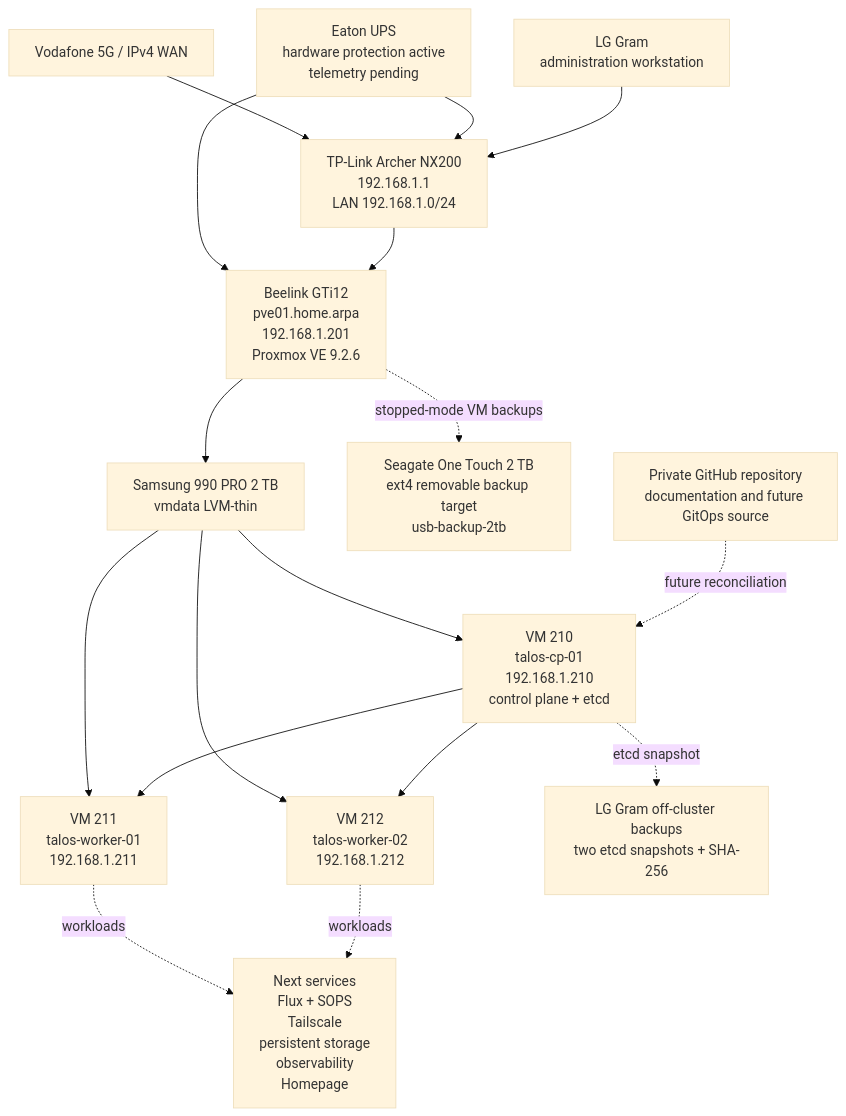
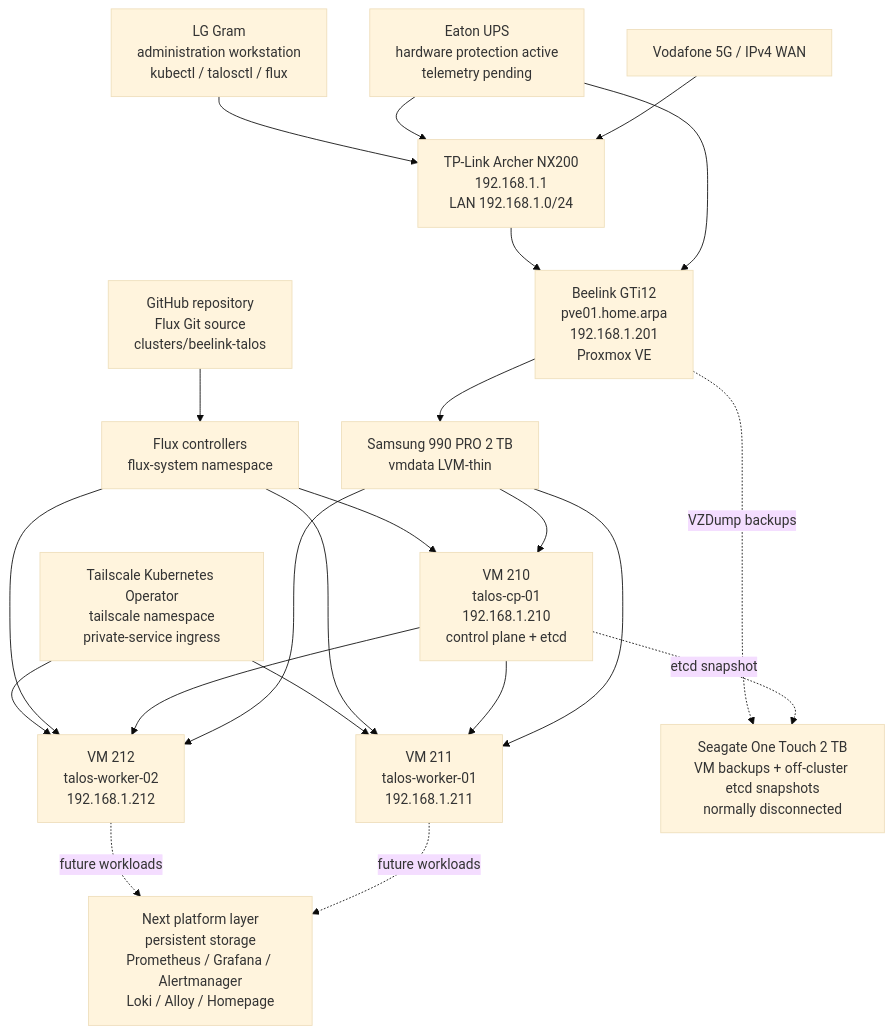
Before and after one commit to dgsuma/dgs-private-cloud: the diagram in README.md, drawn with Mermaid (base theme). The commit also changed other lines of this file and 10 other files, not shown here.

Commit message:
docs(platform): record Flux and Tailscale completion

````diff
--- a/README.md
+++ b/README.md
@@ -42,33 +44,39 @@
 ```mermaid
 flowchart TB
     Internet["Vodafone 5G / IPv4 WAN"]
     UPS["Eaton UPS<br/>hardware protection active<br/>telemetry pending"]
     Router["TP-Link Archer NX200<br/>192.168.1.1<br/>LAN 192.168.1.0/24"]
-    Admin["LG Gram<br/>administration workstation"]
-    PVE["Beelink GTi12<br/>pve01.home.arpa<br/>192.168.1.201<br/>Proxmox VE 9.2.6"]
+    Admin["LG Gram<br/>administration workstation<br/>kubectl / talosctl / flux"]
+    PVE["Beelink GTi12<br/>pve01.home.arpa<br/>192.168.1.201<br/>Proxmox VE"]
     Storage["Samsung 990 PRO 2 TB<br/>vmdata LVM-thin"]
     CP["VM 210<br/>talos-cp-01<br/>192.168.1.210<br/>control plane + etcd"]
     W1["VM 211<br/>talos-worker-01<br/>192.168.1.211"]
     W2["VM 212<br/>talos-worker-02<br/>192.168.1.212"]
-    USB["Seagate One Touch 2 TB<br/>ext4 removable backup target<br/>usb-backup-2tb"]
-    Etcd["LG Gram off-cluster backups<br/>two etcd snapshots + SHA-256"]
-    Git["Private GitHub repository<br/>documentation and future GitOps source"]
-    Future["Next services<br/>Flux + SOPS<br/>Tailscale<br/>persistent storage<br/>observability<br/>Homepage"]
+    Git["GitHub repository<br/>Flux Git source<br/>clusters/beelink-talos"]
+    Flux["Flux controllers<br/>flux-system namespace"]
+    TS["Tailscale Kubernetes Operator<br/>tailscale namespace<br/>private-service ingress"]
+    Backup["Seagate One Touch 2 TB<br/>VM backups + off-cluster etcd snapshots<br/>normally disconnected"]
+    Next["Next platform layer<br/>persistent storage<br/>Prometheus / Grafana / Alertmanager<br/>Loki / Alloy / Homepage"]
 
     Internet --> Router
     UPS --> Router
     UPS --> PVE
     Admin --> Router
     Router --> PVE
     PVE --> Storage
     Storage --> CP
     Storage --> W1
     Storage --> W2
     CP --> W1
     CP --> W2
-    CP -. etcd snapshot .-> Etcd
-    PVE -. stopped-mode VM backups .-> USB
-    Git -. future reconciliation .-> CP
-    W1 -. workloads .-> Future
-    W2 -. workloads .-> Future
+    Git --> Flux
+    Flux --> CP
+    Flux --> W1
+    Flux --> W2
+    TS --> W1
+    TS --> W2
+    CP -. etcd snapshot .-> Backup
+    PVE -. VZDump backups .-> Backup
+    W1 -. future workloads .-> Next
+    W2 -. future workloads .-> Next
 ```
````
